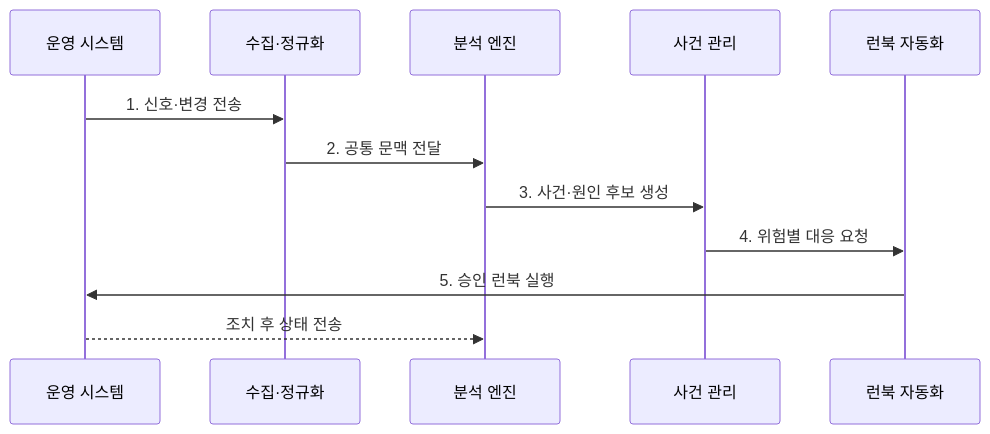
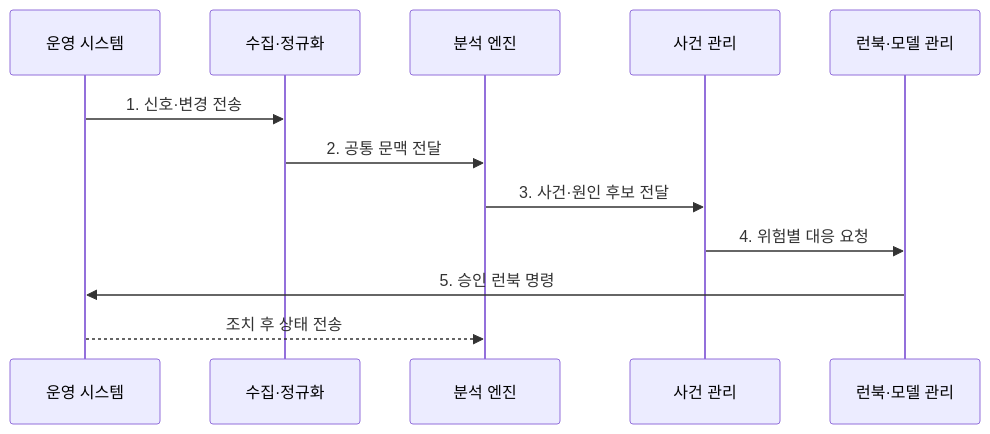
One commit to agnusdei1207/knowledge-base changed the second of 2 diagrams in src/content/docs/notes/03-software/167_aiops.md. Above: the diagram before and after it, drawn with Mermaid. The commit also changed other lines of this file and 20 other files, not shown here.

````diff
--- a/src/content/docs/notes/03-software/167_aiops.md
+++ b/src/content/docs/notes/03-software/167_aiops.md
@@ -82,14 +82,14 @@
 ```mermaid
 sequenceDiagram
     participant O as 운영 시스템
     participant I as 수집·정규화
     participant A as 분석 엔진
     participant M as 사건 관리
-    participant R as 런북 자동화
+    participant R as 런북·모델 관리
     O->>I: 1. 신호·변경 전송
     I->>A: 2. 공통 문맥 전달
-    A->>M: 3. 사건·원인 후보 생성
+    A->>M: 3. 사건·원인 후보 전달
     M->>R: 4. 위험별 대응 요청
-    R->>O: 5. 승인 런북 실행
+    R->>O: 5. 승인 런북 명령
     O-->>A: 조치 후 상태 전송
 ```
````
